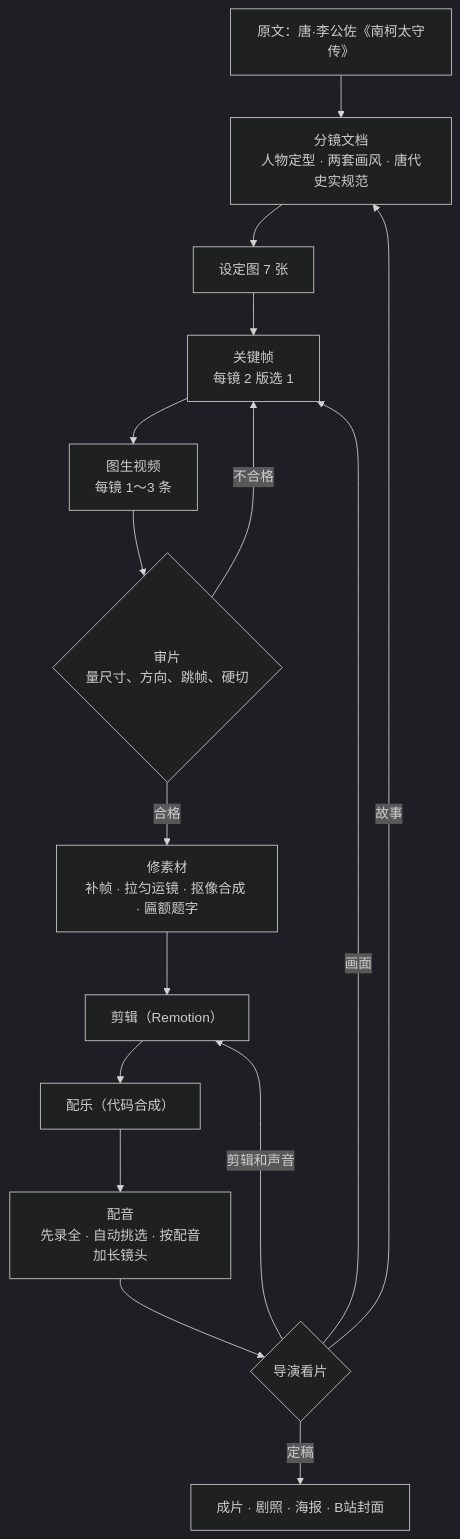
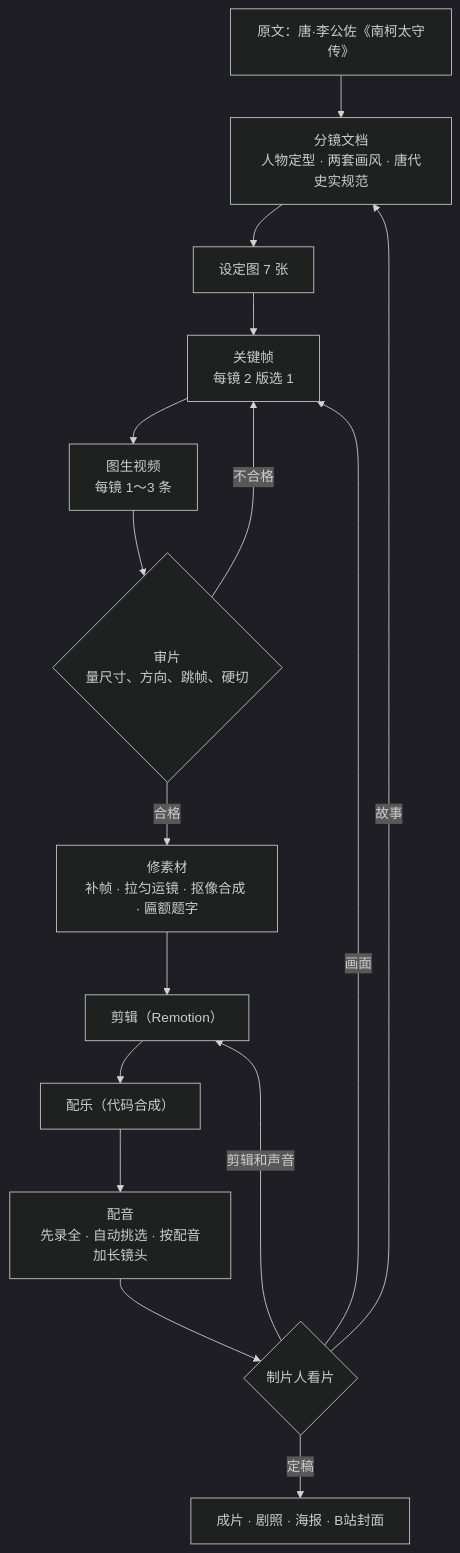
Before and after one commit to DASungta/nankeyimeng-video: the diagram in docs/WORKFLOW.md, drawn with Mermaid (dark theme). The commit also changed other lines of this file and 13 other files, not shown here.

````diff
--- a/docs/WORKFLOW.md
+++ b/docs/WORKFLOW.md
@@ -31,18 +31,18 @@
 ```mermaid
 flowchart TD
   A["原文：唐·李公佐《南柯太守传》"] --> B["分镜文档<br/>人物定型 · 两套画风 · 唐代史实规范"]
   B --> C["设定图 7 张"]
   C --> D["关键帧<br/>每镜 2 版选 1"]
   D --> E["图生视频<br/>每镜 1～3 条"]
   E --> F{"审片<br/>量尺寸、方向、跳帧、硬切"}
   F -- 不合格 --> D
   F -- 合格 --> G["修素材<br/>补帧 · 拉匀运镜 · 抠像合成 · 匾额题字"]
   G --> H["剪辑（Remotion）"]
   H --> I["配乐（代码合成）"]
   I --> J["配音<br/>先录全 · 自动挑选 · 按配音加长镜头"]
-  J --> K{"导演看片"}
+  J --> K{"制片人看片"}
   K -- 故事 --> B
   K -- 画面 --> D
   K -- 剪辑和声音 --> H
   K -- 定稿 --> L["成片 · 剧照 · 海报 · B站封面"]
 ```
````
